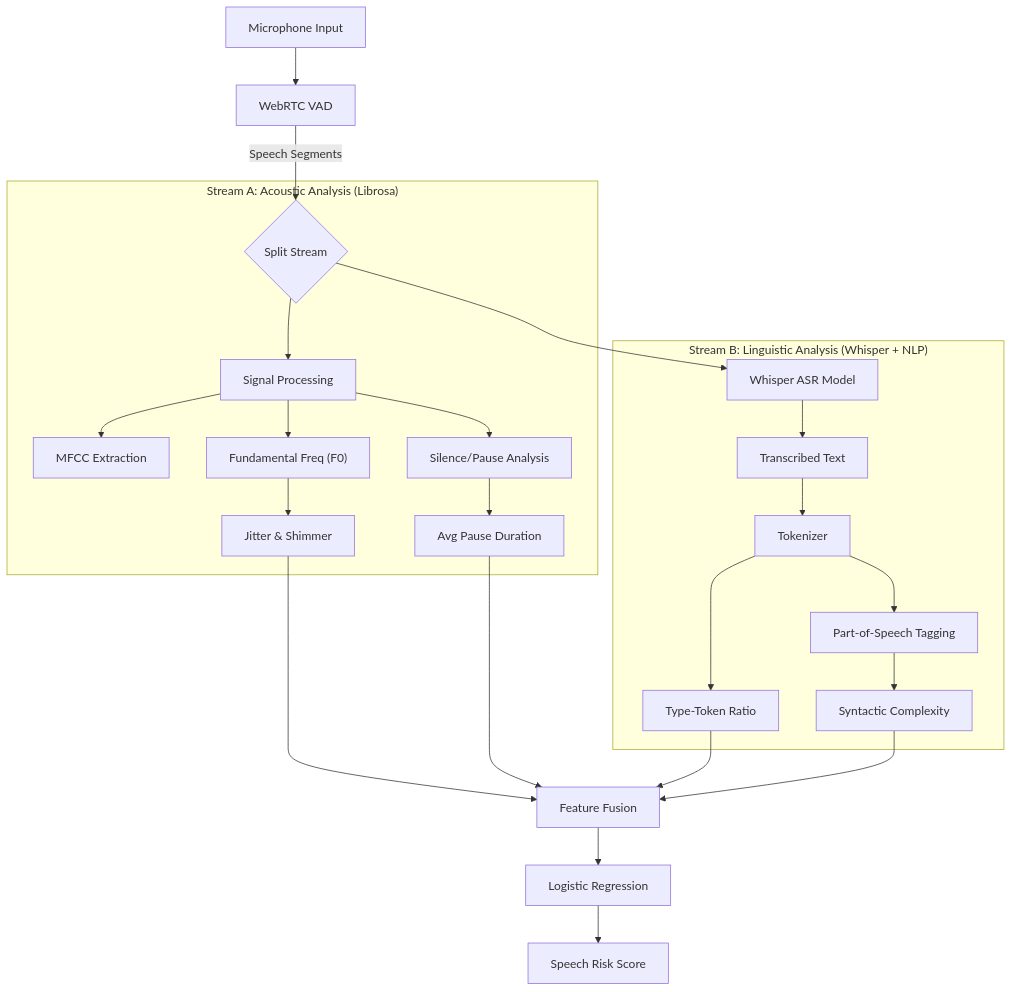
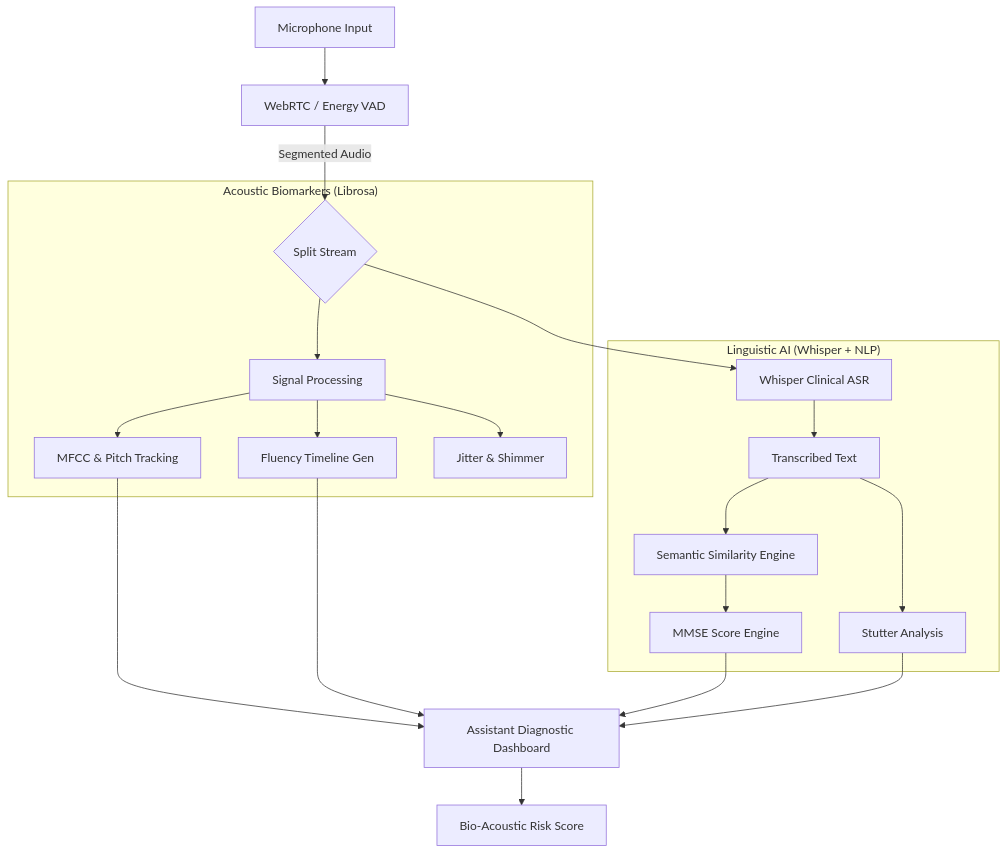
Before and after one commit to Soham8763/Cogni-Safe: the third of 4 diagrams in README.md, drawn with Mermaid. The commit also changed other lines of this file, not shown here.

Commit message:
feat: Introduce kinematic gait analysis, enhance speech module with MMSE integration, and update architecture details.

````diff
--- a/README.md
+++ b/README.md
@@ -131,29 +142,23 @@
 ```mermaid
 graph TD
-    Input[Microphone Input] --> VAD[WebRTC VAD]
-    VAD -->|Speech Segments| Parallel{Split Stream}
+    Input[Microphone Input] --> VAD[WebRTC / Energy VAD]
+    VAD -->|Segmented Audio| Parallel{Split Stream}
 
-    subgraph "Stream A: Acoustic Analysis (Librosa)"
+    subgraph "Acoustic Biomarkers (Librosa)"
         Parallel --> AudioProc[Signal Processing]
-        AudioProc --> MFCC[MFCC Extraction]
-        AudioProc --> F0["Fundamental Freq (F0)"]
-        AudioProc --> Silence[Silence/Pause Analysis]
-
-        F0 --> Jitter[Jitter & Shimmer]
-        Silence --> PauseDur[Avg Pause Duration]
+        AudioProc --> MFCC[MFCC & Pitch Tracking]
+        AudioProc --> Timeline[Fluency Timeline Gen]
+        AudioProc --> Dynamics[Jitter & Shimmer]
     end
 
-    subgraph "Stream B: Linguistic Analysis (Whisper + NLP)"
-        Parallel --> ASR[Whisper ASR Model]
+    subgraph "Linguistic AI (Whisper + NLP)"
+        Parallel --> ASR[Whisper Clinical ASR]
         ASR --> Text[Transcribed Text]
-
-        Text --> Tokenizer[Tokenizer]
-        Tokenizer --> TTR[Type-Token Ratio]
-        Tokenizer --> POS[Part-of-Speech Tagging]
-        POS --> Syntax[Syntactic Complexity]
+        Text --> Parser[Semantic Similarity Engine]
+        Text --> Stutter[Stutter Analysis]
+        Parser --> MMSE[MMSE Score Engine]
     end
 
-    Jitter & PauseDur & TTR & Syntax --> Fusion[Feature Fusion]
-    Fusion --> Classifier[Logistic Regression]
-    Classifier --> RiskScore[Speech Risk Score]
+    MFCC & Timeline & MMSE & Stutter --> Dash[Assistant Diagnostic Dashboard]
+    Dash --> RiskScore[Bio-Acoustic Risk Score]
 ```
````
